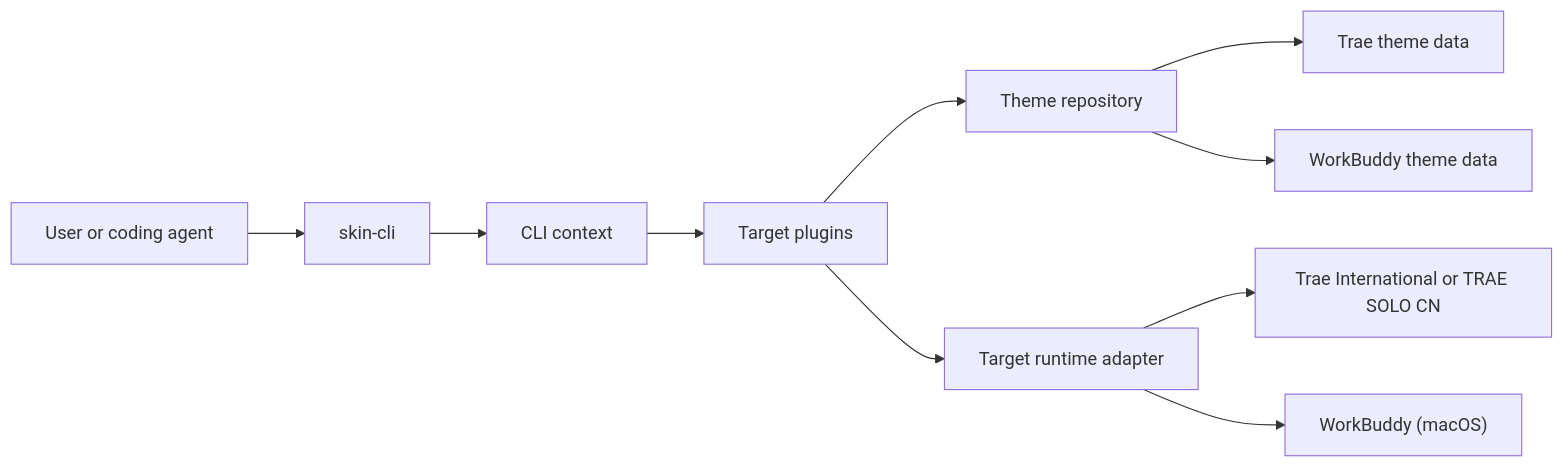
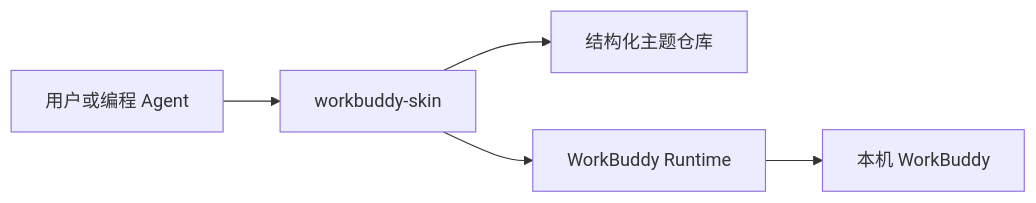
One commit to l77948032-cyber/WorkBuddy-Skin changed the diagram in docs/architecture.md. Above: the diagram before and after it, drawn with Mermaid. The commit also changed other lines of this file and 110 other files, not shown here.

Commit message:
feat: split WorkBuddy Skin into standalone CLI

````diff
--- a/docs/architecture.md
+++ b/docs/architecture.md
@@ -7,12 +5,7 @@
 ```mermaid
 flowchart LR
-  USER["User or coding agent"] --> CLI["skin-cli"]
-  CLI --> CONTEXT["CLI context"]
-  CONTEXT --> PLUGINS["Target plugins"]
-  PLUGINS --> REPO["Theme repository"]
-  PLUGINS --> RUNTIME["Target runtime adapter"]
-  REPO --> TRAE_DATA["Trae theme data"]
-  REPO --> WB_DATA["WorkBuddy theme data"]
-  RUNTIME --> TRAE["Trae International or TRAE SOLO CN"]
-  RUNTIME --> WB["WorkBuddy (macOS)"]
+  A["用户或编程 Agent"] --> B["workbuddy-skin"]
+  B --> C["结构化主题仓库"]
+  B --> D["WorkBuddy Runtime"]
+  D --> E["本机 WorkBuddy"]
 ```
````
